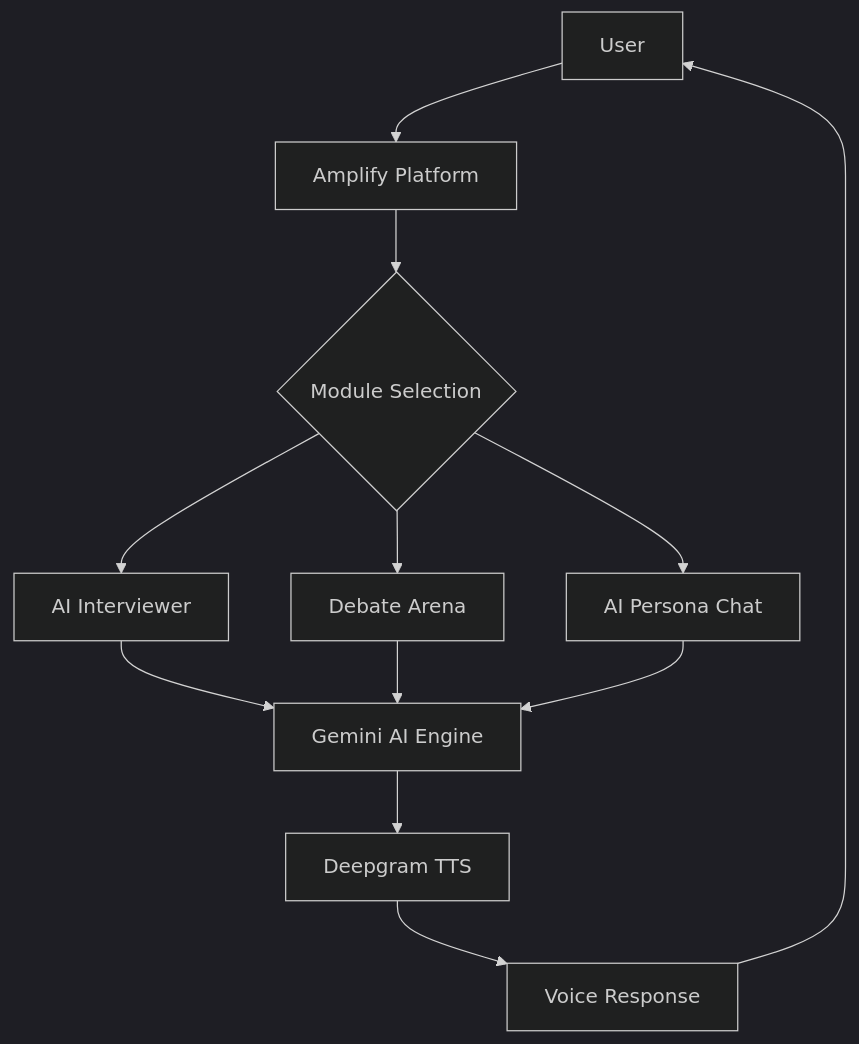
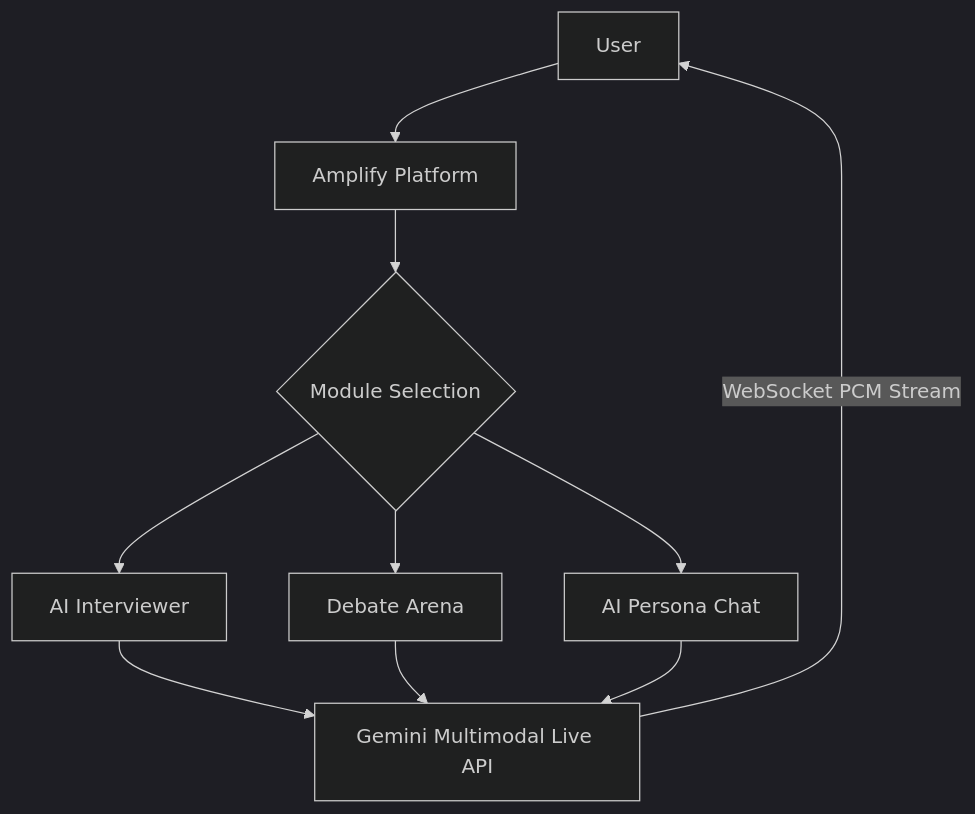
The diagram in README.md (lwshakib/amplify-own-your-voice), drawn with Mermaid (dark theme) before and after one commit. The commit also changed other lines of this file and 25 other files, not shown here.

Commit message:
feat: implement real-time debate and session management infrastructure with multimodal voice integration

````diff
--- a/README.md
+++ b/README.md
@@ -45,12 +45,10 @@
 ```mermaid
 graph TD
     A[User] --> B[Amplify Platform]
     B --> C{Module Selection}
     C --> D[AI Interviewer]
     C --> E[Debate Arena]
     C --> F[AI Persona Chat]
-    D & E & F --> G[Gemini AI Engine]
-    G --> H[Deepgram TTS]
-    H --> I[Voice Response]
-    I --> A
+    D & E & F --> G[Gemini Multimodal Live API]
+    G -->|WebSocket PCM Stream| A
 ```
````
